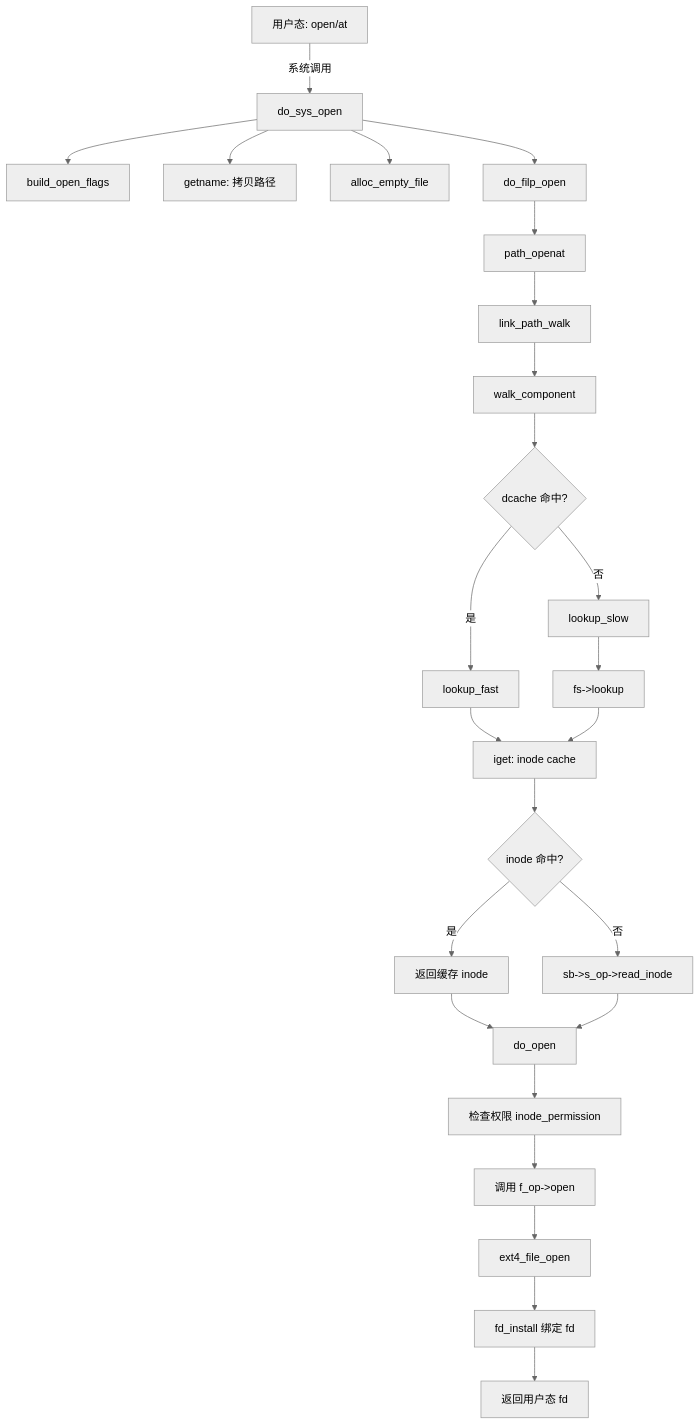
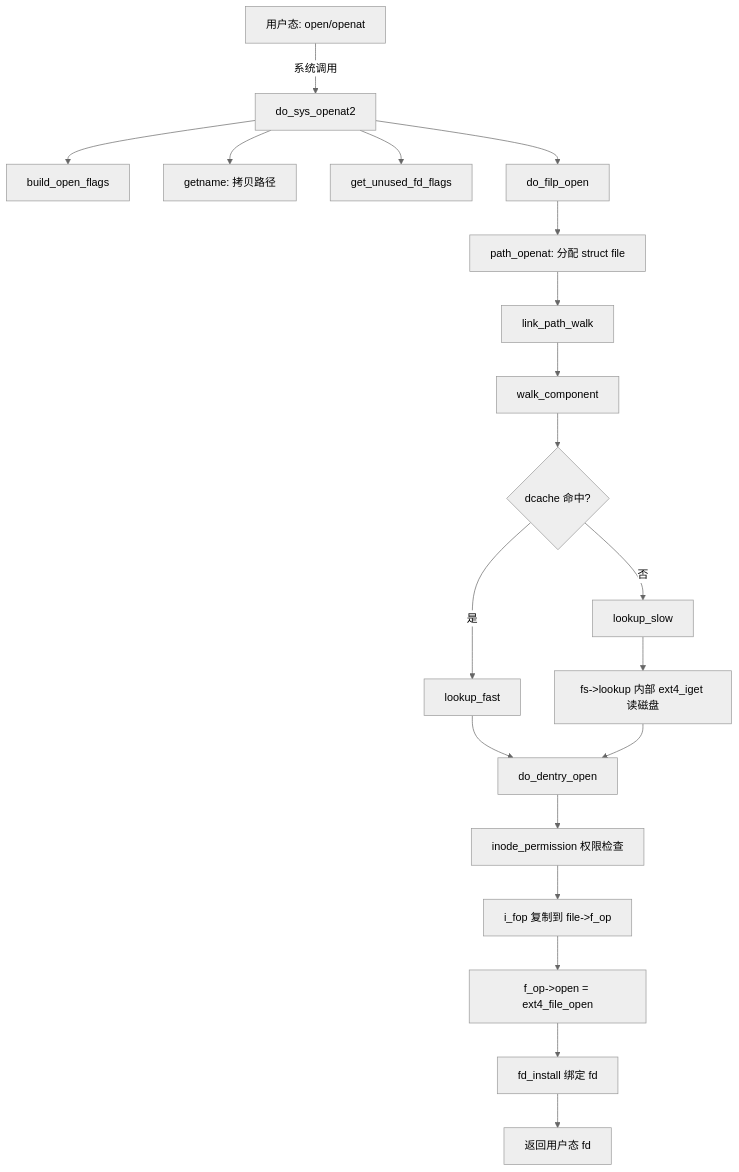
The diagram in docs/02-核心机制深度解析/第12章 文件系统/12.1.2_文件操作路径.md (xiaohong0925/Embedded_Knowledge_System_V2026), drawn with Mermaid (neutral theme) before and after one commit. The commit also changed other lines of this file and 63 other files, not shown here.

````diff
--- a/docs/02-核心机制深度解析/第12章 文件系统/12.1.2_文件操作路径.md
+++ b/docs/02-核心机制深度解析/第12章 文件系统/12.1.2_文件操作路径.md
@@ -60,27 +65,22 @@
 ```mermaid
 flowchart TD
-    A[用户态: open/at] -->|系统调用| B[do_sys_open]
+    A[用户态: open/openat] -->|系统调用| B[do_sys_openat2]
     B --> C[build_open_flags]
     B --> D[getname: 拷贝路径]
-    B --> E[alloc_empty_file]
+    B --> E[get_unused_fd_flags]
     B --> F[do_filp_open]
-    F --> G[path_openat]
+    F --> G[path_openat: 分配 struct file]
     G --> H[link_path_walk]
     H --> I[walk_component]
     I --> J{dcache 命中?}
     J -->|是| K[lookup_fast]
     J -->|否| L[lookup_slow]
-    L --> M[fs->lookup]
-    K --> N[iget: inode cache]
+    L --> M[fs->lookup 内部 ext4_iget 读磁盘]
+    K --> N[do_dentry_open]
     M --> N
-    N --> O{inode 命中?}
-    O -->|是| P[返回缓存 inode]
-    O -->|否| Q[sb->s_op->read_inode]
-    P --> R[do_open]
-    Q --> R
-    R --> S[检查权限 inode_permission]
-    S --> T[调用 f_op->open]
-    T --> U[ext4_file_open]
-    U --> V[fd_install 绑定 fd]
-    V --> W[返回用户态 fd]
+    N --> O[inode_permission 权限检查]
+    O --> P[i_fop 复制到 file->f_op]
+    P --> Q[f_op->open = ext4_file_open]
+    Q --> R[fd_install 绑定 fd]
+    R --> S[返回用户态 fd]
 ```
````
